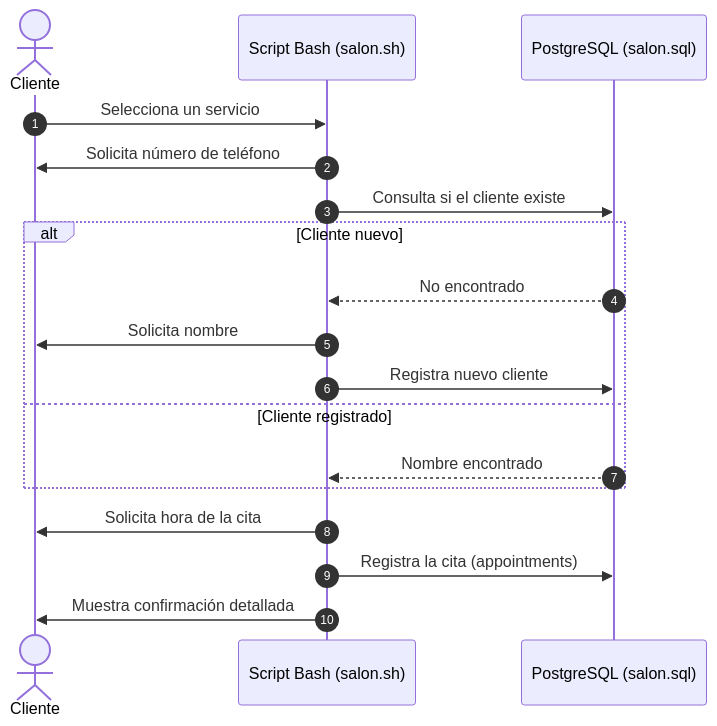
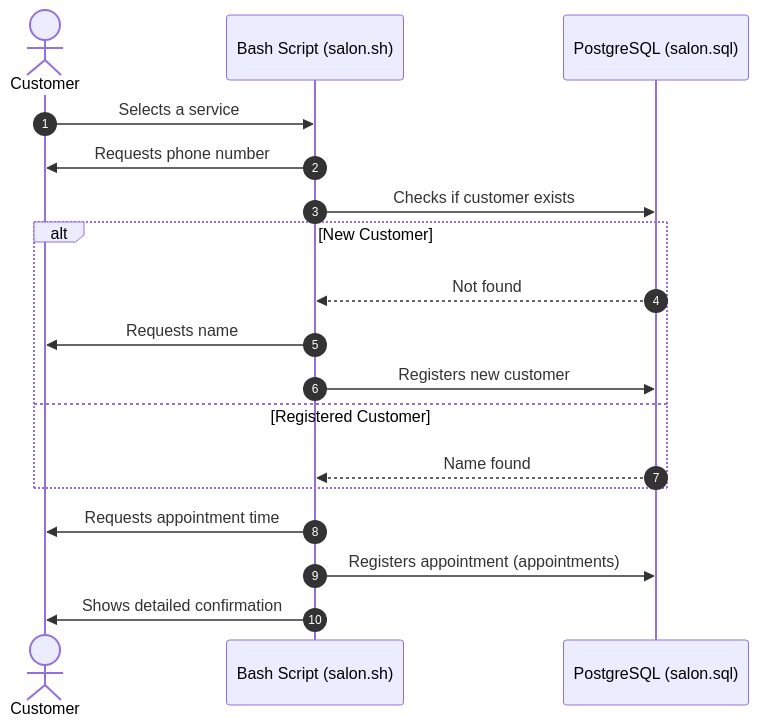
The diagram in README.md (Akisolu/salon-appointment-scheduler), drawn with Mermaid before and after one commit. The commit also changed other lines of this file and 1 other file, not shown here.

````diff
--- a/README.md
+++ b/README.md
@@ -9,21 +11,21 @@
 ```mermaid
 sequenceDiagram
     autonumber
-    actor Cliente
-    participant CLI as Script Bash (salon.sh)
+    actor Customer
+    participant CLI as Bash Script (salon.sh)
     participant DB as PostgreSQL (salon.sql)
 
-    Cliente->>CLI: Selecciona un servicio
-    CLI->>Cliente: Solicita número de teléfono
-    CLI->>DB: Consulta si el cliente existe
-    alt Cliente nuevo
-        DB-->>CLI: No encontrado
-        CLI->>Cliente: Solicita nombre
-        CLI->>DB: Registra nuevo cliente
-    else Cliente registrado
-        DB-->>CLI: Nombre encontrado
+    Customer->>CLI: Selects a service
+    CLI->>Customer: Requests phone number
+    CLI->>DB: Checks if customer exists
+    alt New Customer
+        DB-->>CLI: Not found
+        CLI->>Customer: Requests name
+        CLI->>DB: Registers new customer
+    else Registered Customer
+        DB-->>CLI: Name found
     end
-    CLI->>Cliente: Solicita hora de la cita
-    CLI->>DB: Registra la cita (appointments)
-    CLI->>Cliente: Muestra confirmación detallada
+    CLI->>Customer: Requests appointment time
+    CLI->>DB: Registers appointment (appointments)
+    CLI->>Customer: Shows detailed confirmation
 ```
````
